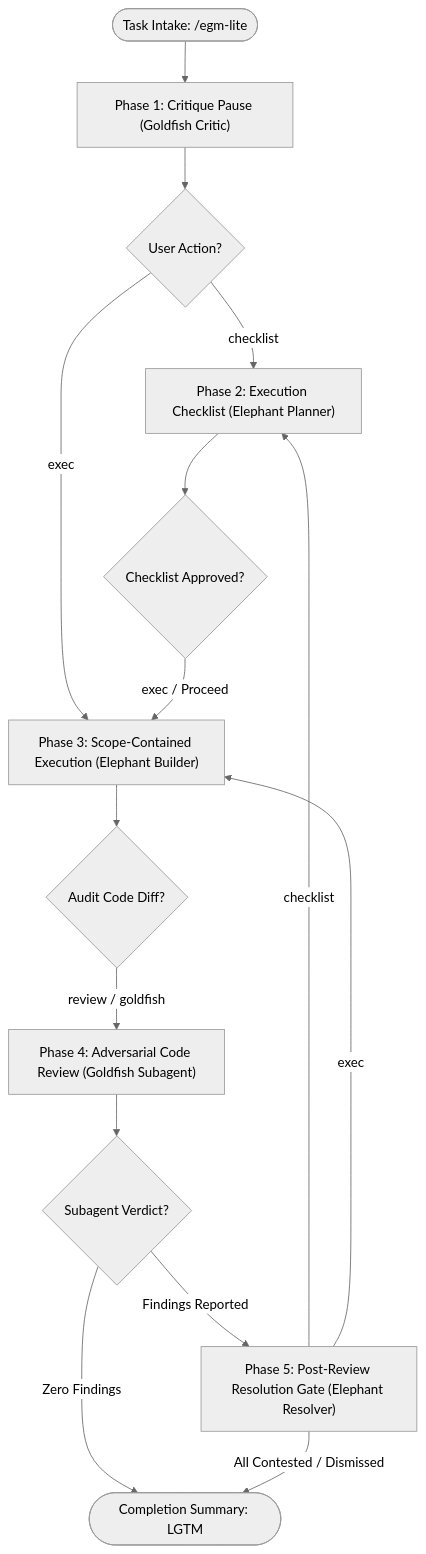
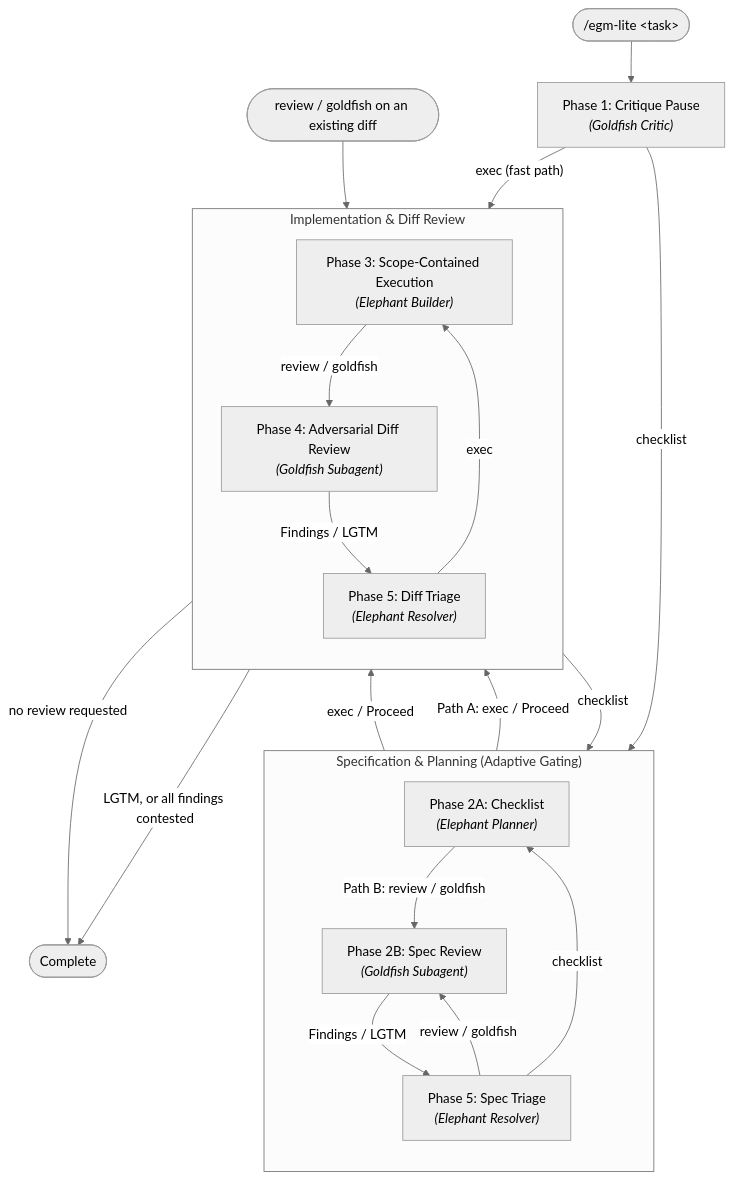
One commit to google/elephant-goldfish-model changed the diagram in docs/designs/lite.md. Above: the diagram before and after it, drawn with Mermaid (neutral theme). The commit also changed other lines of this file, not shown here.

Commit message:
Add Adaptive Gating to the EGM Lite design (#458)

````diff
--- a/docs/designs/lite.md
+++ b/docs/designs/lite.md
@@ -58,17 +68,38 @@
 ```mermaid
 flowchart TD
-    Start([Task Intake: /egm-lite]) --> P1["Phase 1: Critique Pause (Goldfish Critic)"]
-    P1 --> Gate1{User Action?}
-    Gate1 -- checklist --> P2["Phase 2: Execution Checklist (Elephant Planner)"]
-    Gate1 -- exec --> P3["Phase 3: Scope-Contained Execution (Elephant Builder)"]
-    P2 --> Gate2{Checklist Approved?}
-    Gate2 -- exec / Proceed --> P3
-    P3 --> Gate3{Audit Code Diff?}
-    Gate3 -- review / goldfish --> P4["Phase 4: Adversarial Code Review (Goldfish Subagent)"]
-    P4 --> Gate4{Subagent Verdict?}
-    Gate4 -- Zero Findings --> Done([Completion Summary: LGTM])
-    Gate4 -- Findings Reported --> P5["Phase 5: Post-Review Resolution Gate (Elephant Resolver)"]
-    P5 -- checklist --> P2
-    P5 -- exec --> P3
-    P5 -- All Contested / Dismissed --> Done
+    Start(["/egm-lite &lt;task&gt;"]) --> CritiquePause
+    CritiquePause["Phase 1: Critique Pause<br/><i>(Goldfish Critic)</i>"]
+
+    CritiquePause -->|"checklist"| ChecklistPhase
+    CritiquePause -->|"exec (fast path)"| ExecPhase
+
+    subgraph SpecStage ["Specification & Planning (Adaptive Gating)"]
+        direction TB
+        ChecklistPhase["Phase 2A: Checklist<br/><i>(Elephant Planner)</i>"]
+        SpecReview["Phase 2B: Spec Review<br/><i>(Goldfish Subagent)</i>"]
+        SpecResolution["Phase 5: Spec Triage<br/><i>(Elephant Resolver)</i>"]
+
+        ChecklistPhase -->|"Path B: review / goldfish"| SpecReview
+        SpecReview -->|"Findings / LGTM"| SpecResolution
+        SpecResolution -->|"checklist"| ChecklistPhase
+        SpecResolution -->|"review / goldfish"| SpecReview
+    end
+
+    subgraph DiffStage ["Implementation & Diff Review"]
+        direction TB
+        ExecPhase["Phase 3: Scope-Contained Execution<br/><i>(Elephant Builder)</i>"]
+        DiffReview["Phase 4: Adversarial Diff Review<br/><i>(Goldfish Subagent)</i>"]
+        DiffResolution["Phase 5: Diff Triage<br/><i>(Elephant Resolver)</i>"]
+
+        ExecPhase -->|"review / goldfish"| DiffReview
+        DiffReview -->|"Findings / LGTM"| DiffResolution
+        DiffResolution -->|"exec"| ExecPhase
+    end
+
+    ChecklistPhase -->|"Path A: exec / Proceed"| ExecPhase
+    SpecResolution -->|"exec / Proceed"| ExecPhase
+    DiffResolution -->|"checklist"| ChecklistPhase
+    DiffResolution -->|"LGTM, or all findings contested"| Done(["Complete"])
+    ExecPhase -->|"no review requested"| Done
+    ExistingDiff(["review / goldfish on an existing diff"]) --> DiffReview
 ```
````
